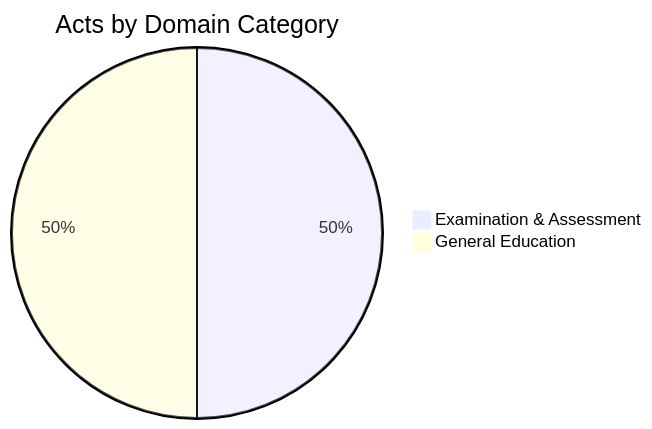
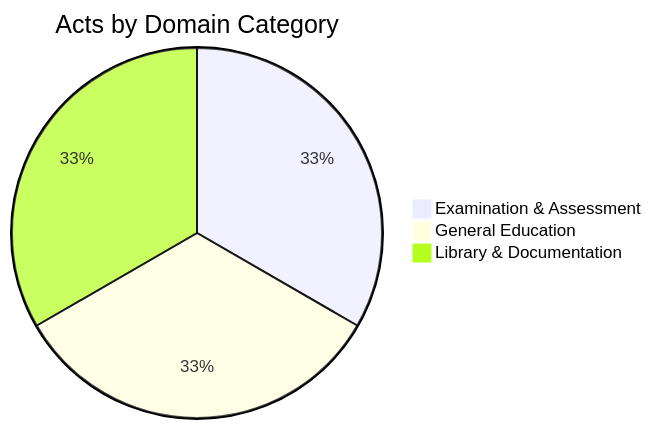
One commit to LDFLK/research changed the diagram in docs/docs/ministry-deep-dive/education/education-ministry.mdx. Above: the diagram before and after it, drawn with Mermaid. The commit also changed other lines of this file and 10 other files, not shown here.

First line of the commit message:
feat: add National Library & Documentation Services Board Act deep dive

````diff
--- a/docs/docs/ministry-deep-dive/education/education-ministry.mdx
+++ b/docs/docs/ministry-deep-dive/education/education-ministry.mdx
@@ -19,5 +19,6 @@
 ```mermaid
 pie title Acts by Domain Category
     "Examination & Assessment" : 1
     "General Education" : 1
+    "Library & Documentation" : 1
 ```
````
